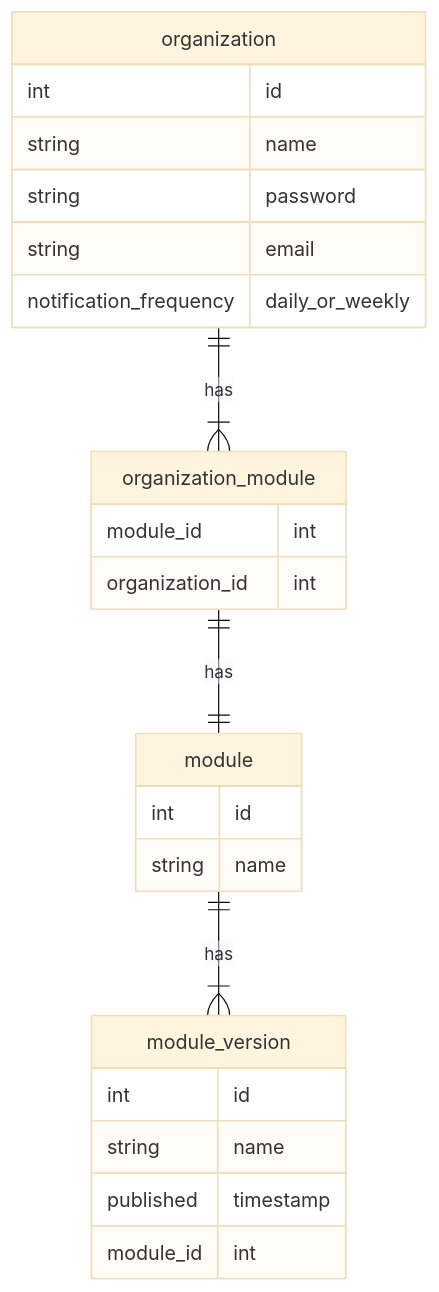
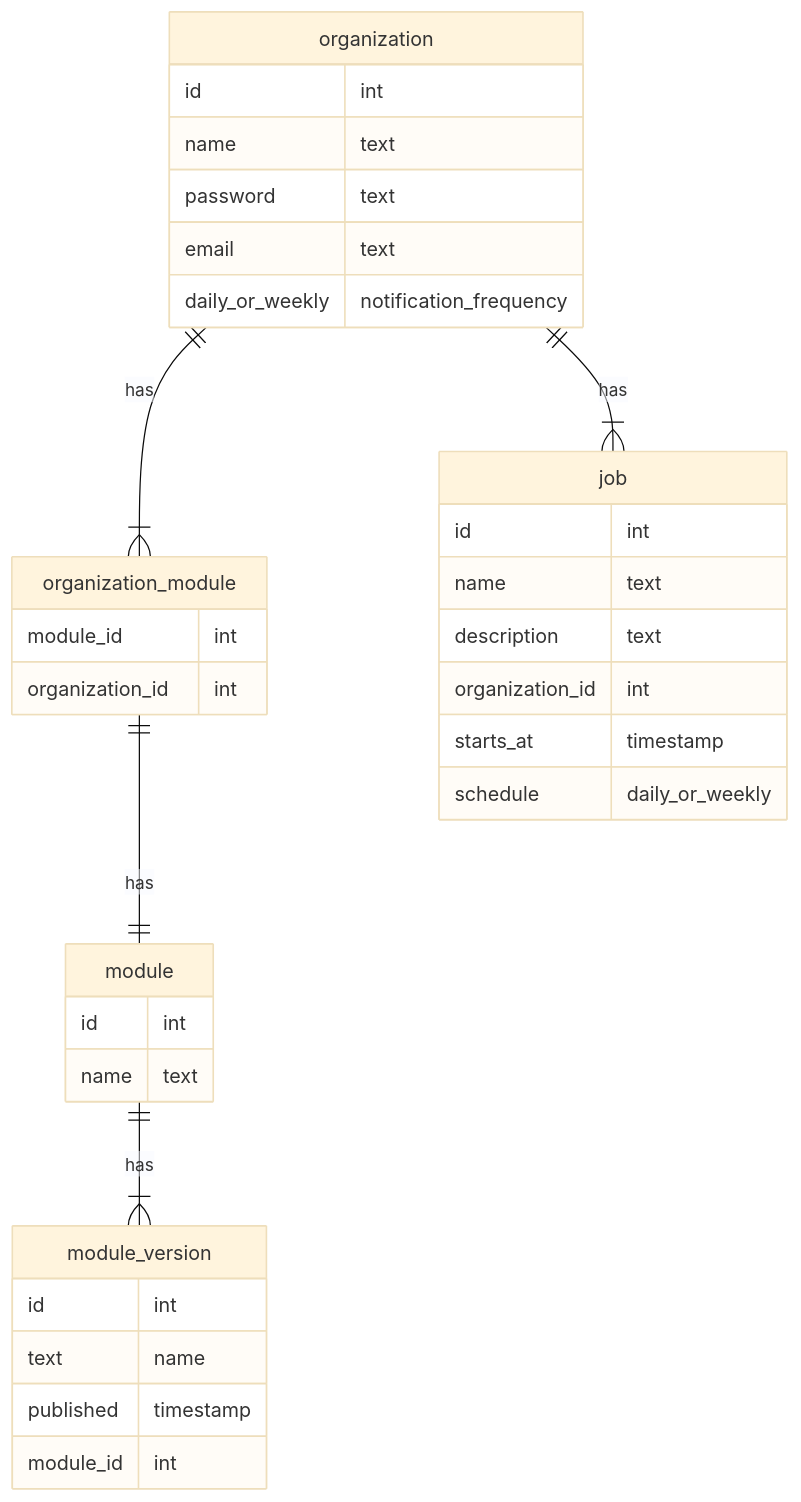
Before and after one commit to lmiller1990/neith: the diagram in docs/DB.mmd, drawn with Mermaid (base theme).

Commit message:
chore: add job table to erd

```diff
--- a/docs/DB.mmd
+++ b/docs/DB.mmd
@@ -1,28 +1,38 @@
 erDiagram
     organization ||--|{ organization_module : has
     organization {
-      int id
-      string name
-      string password
-      string email
-      notification_frequency daily_or_weekly
+      id int 
+      name text 
+      password text 
+      email text 
+      daily_or_weekly notification_frequency 
     }
     
     organization_module ||--|| module : has
     organization_module {
       module_id int
       organization_id int
     }
 
     module ||--|{ module_version : has
     module {
-      int id
-      string name
+      id int 
+      name text 
     }
 
     module_version {
-      int id
-      string name
+      id int 
+      text  name
       published timestamp
       module_id int
     }
+
+    organization ||--|{ job : has
+    job {
+      id int
+      name text
+      description text
+      organization_id int
+      starts_at timestamp
+      schedule daily_or_weekly
+    }
```
